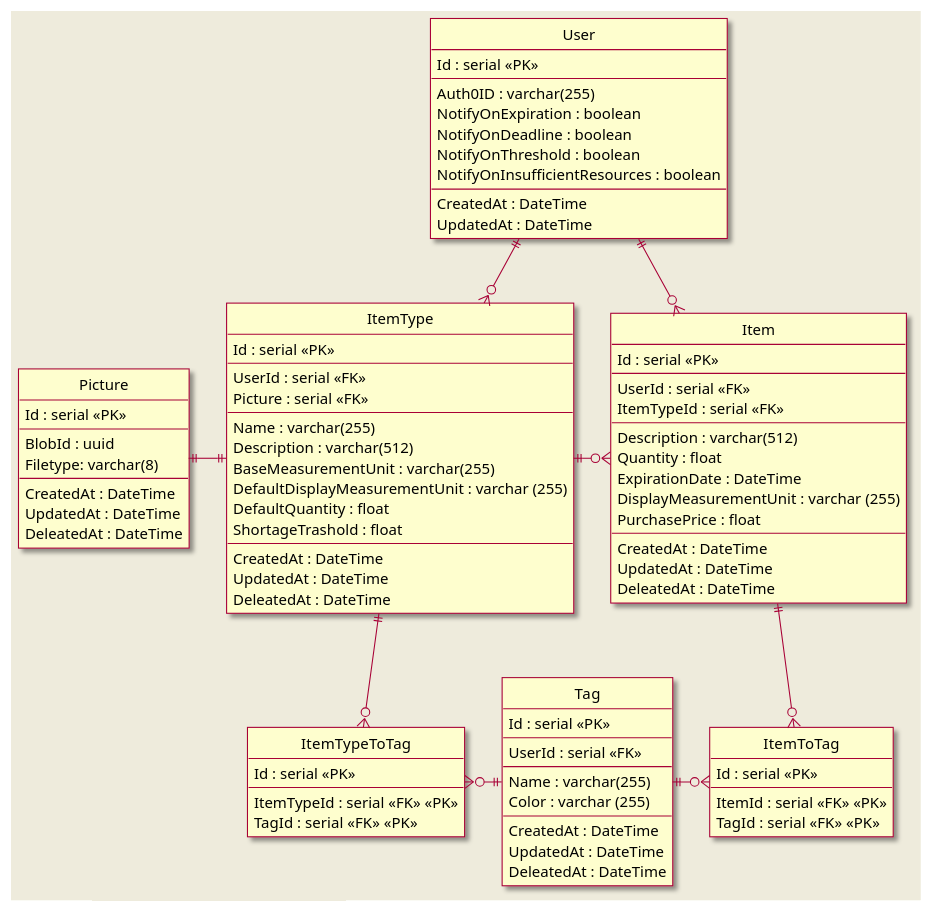
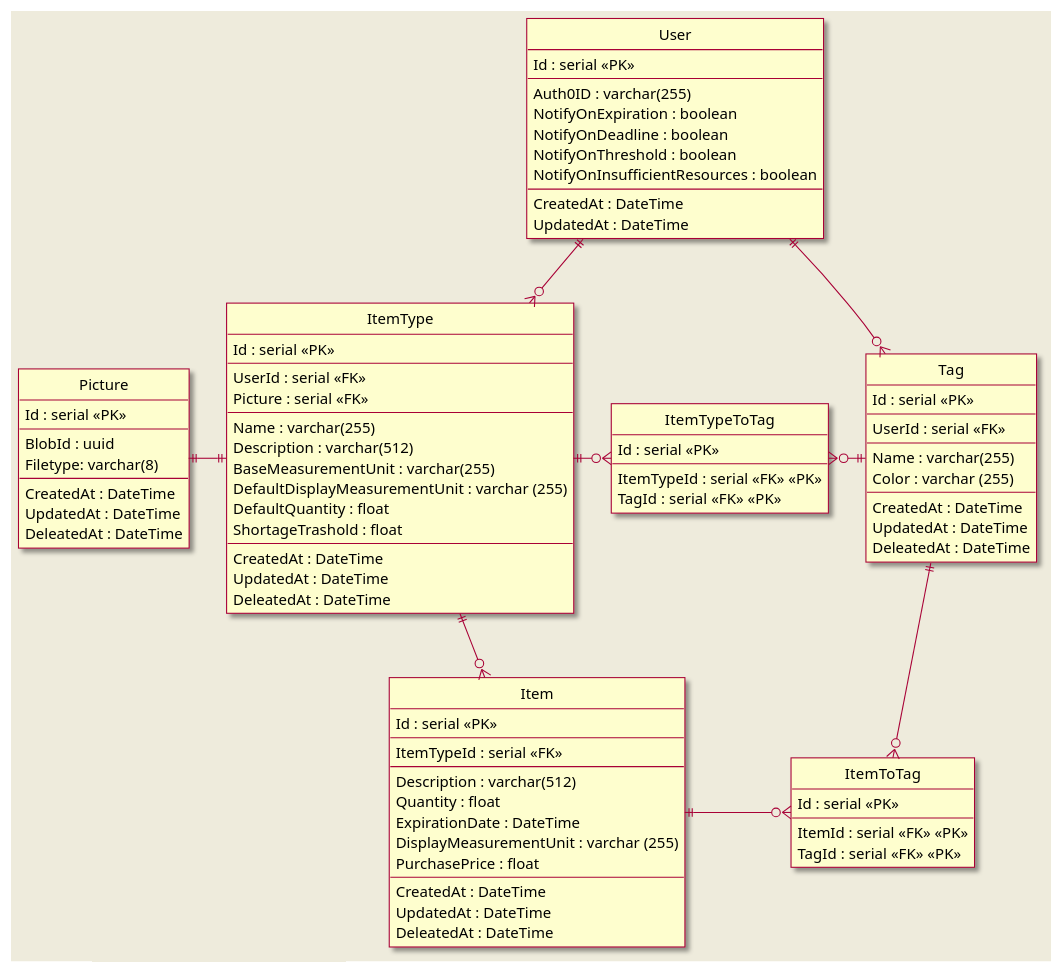
The diagram in diagrams/logical-schema.pu (Lingers-3/project), drawn with PlantUML before and after one commit.

Commit message:
fixed logical-schema diagram

```diff
--- a/diagrams/logical-schema.pu
+++ b/diagrams/logical-schema.pu
@@ -1,105 +1,104 @@
 @startuml
 skin rose
 skinparam backgroundColor #EEEBDC
 hide circle
 /' skinparam linetype ortho '/
 /' left to right direction '/
 
 entity User {
   Id : serial <<PK>>
   --
   Auth0ID : varchar(255)
   NotifyOnExpiration : boolean
   NotifyOnDeadline : boolean
   NotifyOnThreshold : boolean
   NotifyOnInsufficientResources : boolean
   --
   CreatedAt : DateTime
   UpdatedAt : DateTime
 }
 
 entity ItemType {
   Id : serial <<PK>>
   --
   UserId : serial <<FK>>
   Picture : serial <<FK>>
   --
   Name : varchar(255)
   Description : varchar(512)
   BaseMeasurementUnit : varchar(255)
   DefaultDisplayMeasurementUnit : varchar (255)
   DefaultQuantity : float
   ShortageTrashold : float
   --
   CreatedAt : DateTime
   UpdatedAt : DateTime
   DeleatedAt : DateTime
 }
 
 entity Picture {
   Id : serial <<PK>>
   --
   BlobId : uuid
   Filetype: varchar(8)
   --
   CreatedAt : DateTime
   UpdatedAt : DateTime
   DeleatedAt : DateTime
 }
 
 entity Item {
   Id : serial <<PK>>
   --
-  UserId : serial <<FK>>
   ItemTypeId : serial <<FK>>
   --
   Description : varchar(512)
   Quantity : float
   ExpirationDate : DateTime
   DisplayMeasurementUnit : varchar (255)
   PurchasePrice : float
   --
   CreatedAt : DateTime
   UpdatedAt : DateTime
   DeleatedAt : DateTime
 }
 
 entity ItemToTag {
   Id : serial <<PK>>
   --
   ItemId : serial <<FK>> <<PK>>
   TagId : serial <<FK>> <<PK>>
 }
 
 entity ItemTypeToTag {
   Id : serial <<PK>>
   --
   ItemTypeId : serial <<FK>> <<PK>>
   TagId : serial <<FK>> <<PK>>
 }
 
 entity Tag {
   Id : serial <<PK>>
   --
   UserId : serial <<FK>>
   --
   Name : varchar(255)
   Color : varchar (255)
   --
   CreatedAt : DateTime
   UpdatedAt : DateTime
   DeleatedAt : DateTime
 }
 
 User ||-d-o{ ItemType
-User ||-d-o{ Item
+User ||-d-o{ Tag
 ItemType ||-l-|| Picture
-ItemType ||--r--o{ Item
+ItemType ||-d-o{ Item
 
-Item ||-d-o{ ItemToTag
-Tag ||-r-o{ ItemToTag
+Item ||-r-o{ ItemToTag
+Tag ||-d-o{ ItemToTag
 
-ItemType ||-d-o{ ItemTypeToTag
+ItemType ||-r-o{ ItemTypeToTag
 Tag ||-l-o{ ItemTypeToTag
 
 @enduml
```
